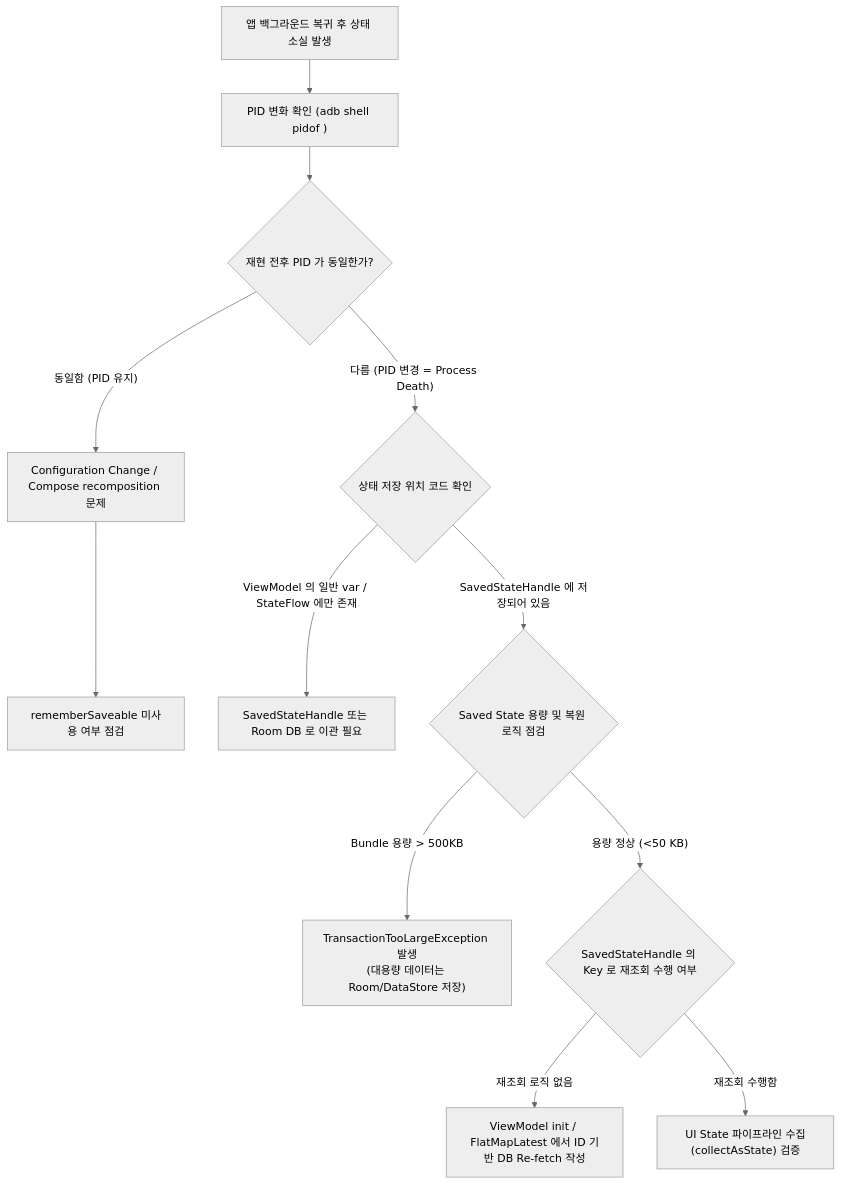
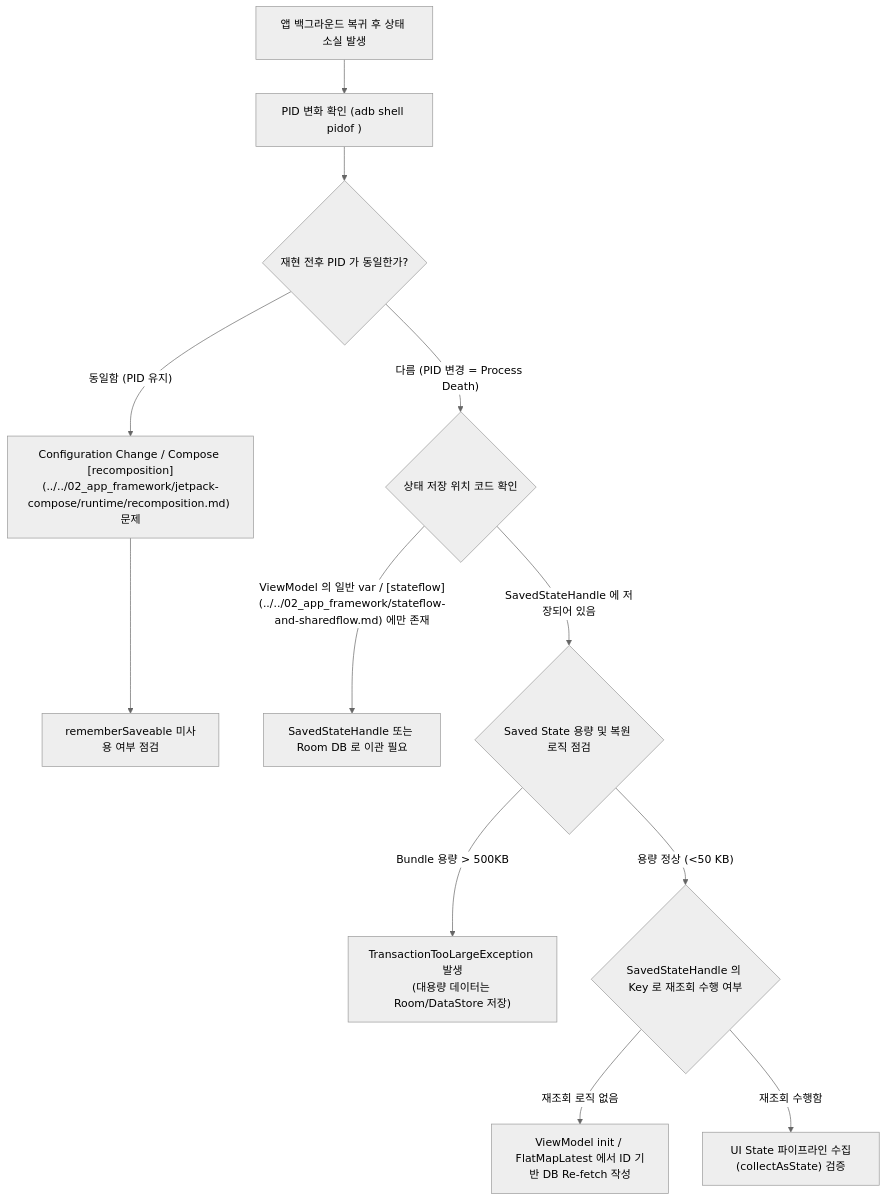
The diagram in 01_inbox/mobile/android/00_foundations/diagnostic-runbooks/03-process-death-state-loss.md (youngmin-gwon/what-i-studied), drawn with Mermaid (neutral theme) before and after one commit. The commit also changed other lines of this file and 185 other files, not shown here.

````diff
--- a/01_inbox/mobile/android/00_foundations/diagnostic-runbooks/03-process-death-state-loss.md
+++ b/01_inbox/mobile/android/00_foundations/diagnostic-runbooks/03-process-death-state-loss.md
@@ -51,19 +51,19 @@
 ```mermaid
 flowchart TD
     A["앱 백그라운드 복귀 후 상태 소실 발생"] --> B["PID 변화 확인 (adb shell pidof <pkg>)"]
     
     B --> C{"재현 전후 PID 가 동일한가?"}
-    C -- "동일함 (PID 유지)" --> D["Configuration Change / Compose recomposition 문제"]
+    C -- "동일함 (PID 유지)" --> D["Configuration Change / Compose [recomposition](../../02_app_framework/jetpack-compose/runtime/recomposition.md) 문제"]
     D --> D_CHECK["rememberSaveable 미사용 여부 점검"]
     
     C -- "다름 (PID 변경 = Process Death)" --> E{"상태 저장 위치 코드 확인"}
     
-    E -- "ViewModel 의 일반 var / StateFlow 에만 존재" --> F["SavedStateHandle 또는 Room DB 로 이관 필요"]
+    E -- "ViewModel 의 일반 var / [stateflow](../../02_app_framework/stateflow-and-sharedflow.md) 에만 존재" --> F["SavedStateHandle 또는 Room DB 로 이관 필요"]
     E -- "SavedStateHandle 에 저장되어 있음" --> G{"Saved State 용량 및 복원 로직 점검"}
     
     G -- "Bundle 용량 > 500KB" --> H["TransactionTooLargeException 발생\n(대용량 데이터는 Room/DataStore 저장)"]
     G -- "용량 정상 (<50 KB)" --> I{"SavedStateHandle 의 Key 로 재조회 수행 여부"}
     
     I -- "재조회 로직 없음" --> J["ViewModel init / FlatMapLatest 에서 ID 기반 DB Re-fetch 작성"]
     I -- "재조회 수행함" --> K["UI State 파이프라인 수집(collectAsState) 검증"]
 ```
````
